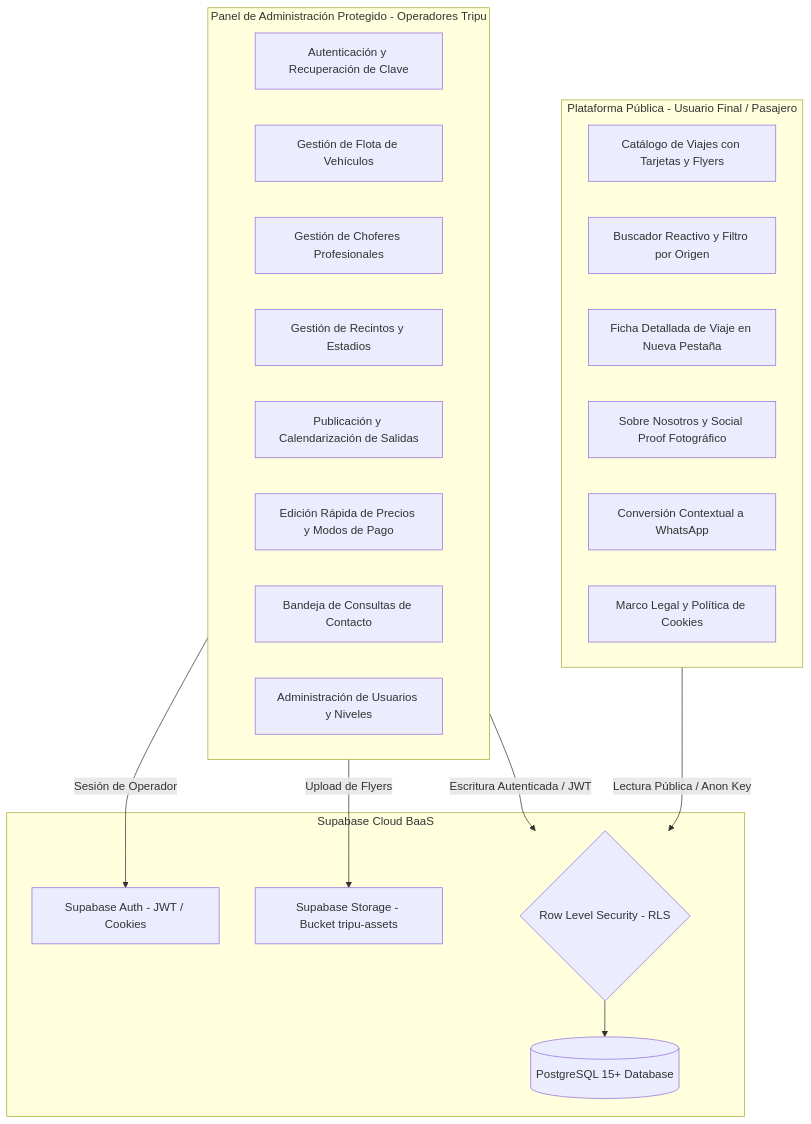
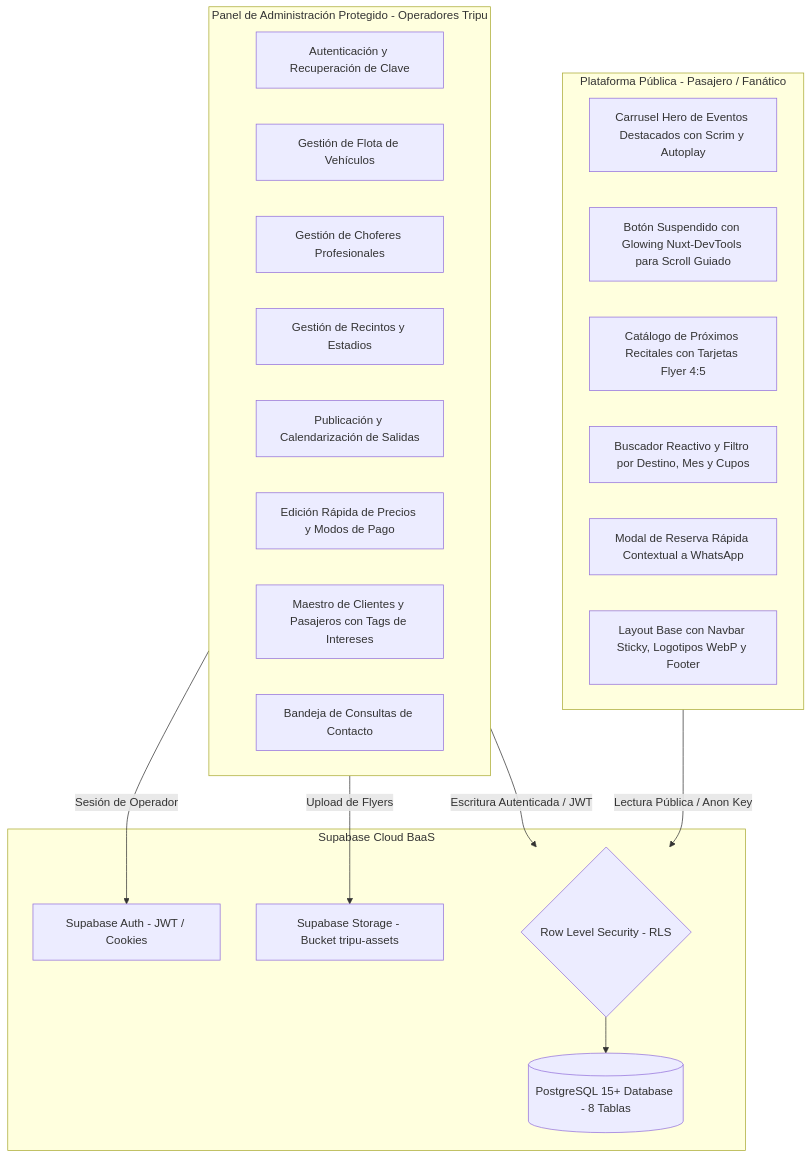
Before and after one commit to giuli9r/event-system: the first of 3 diagrams in ARCHITECTURE.md, drawn with Mermaid. The commit also changed other lines of this file and 1 other file, not shown here.

````diff
--- a/ARCHITECTURE.md
+++ b/ARCHITECTURE.md
@@ -28,35 +29,35 @@
 ```mermaid
 flowchart TD
-    subgraph Public_Platform [Plataforma Pública - Usuario Final / Pasajero]
-        P1[Catálogo de Viajes con Tarjetas y Flyers]
-        P2[Buscador Reactivo y Filtro por Origen]
-        P3[Ficha Detallada de Viaje en Nueva Pestaña]
-        P4[Sobre Nosotros y Social Proof Fotográfico]
-        P5[Conversión Contextual a WhatsApp]
-        P6[Marco Legal y Política de Cookies]
+    subgraph Public_Platform [Plataforma Pública - Pasajero / Fanático]
+        P1[Carrusel Hero de Eventos Destacados con Scrim y Autoplay]
+        P2[Botón Suspendido con Glowing Nuxt-DevTools para Scroll Guiado]
+        P3[Catálogo de Próximos Recitales con Tarjetas Flyer 4:5]
+        P4[Buscador Reactivo y Filtro por Destino, Mes y Cupos]
+        P5[Modal de Reserva Rápida Contextual a WhatsApp]
+        P6[Layout Base con Navbar Sticky, Logotipos WebP y Footer]
     end
 
     subgraph Admin_Platform [Panel de Administración Protegido - Operadores Tripu]
         A1[Autenticación y Recuperación de Clave]
         A2[Gestión de Flota de Vehículos]
         A3[Gestión de Choferes Profesionales]
         A4[Gestión de Recintos y Estadios]
         A5[Publicación y Calendarización de Salidas]
         A6[Edición Rápida de Precios y Modos de Pago]
-        A7[Bandeja de Consultas de Contacto]
-        A8[Administración de Usuarios y Niveles]
+        A7[Maestro de Clientes y Pasajeros con Tags de Intereses]
+        A8[Bandeja de Consultas de Contacto]
     end
 
     subgraph Supabase_BaaS [Supabase Cloud BaaS]
-        B1[(PostgreSQL 15+ Database)]
+        B1[(PostgreSQL 15+ Database - 8 Tablas)]
         B2[Supabase Auth - JWT / Cookies]
         B3[Supabase Storage - Bucket tripu-assets]
         B4{Row Level Security - RLS}
     end
 
     Public_Platform -->|Lectura Pública / Anon Key| B4
     Admin_Platform -->|Escritura Autenticada / JWT| B4
     B4 --> B1
     Admin_Platform -->|Upload de Flyers| B3
     Admin_Platform -->|Sesión de Operador| B2
 ```
````
